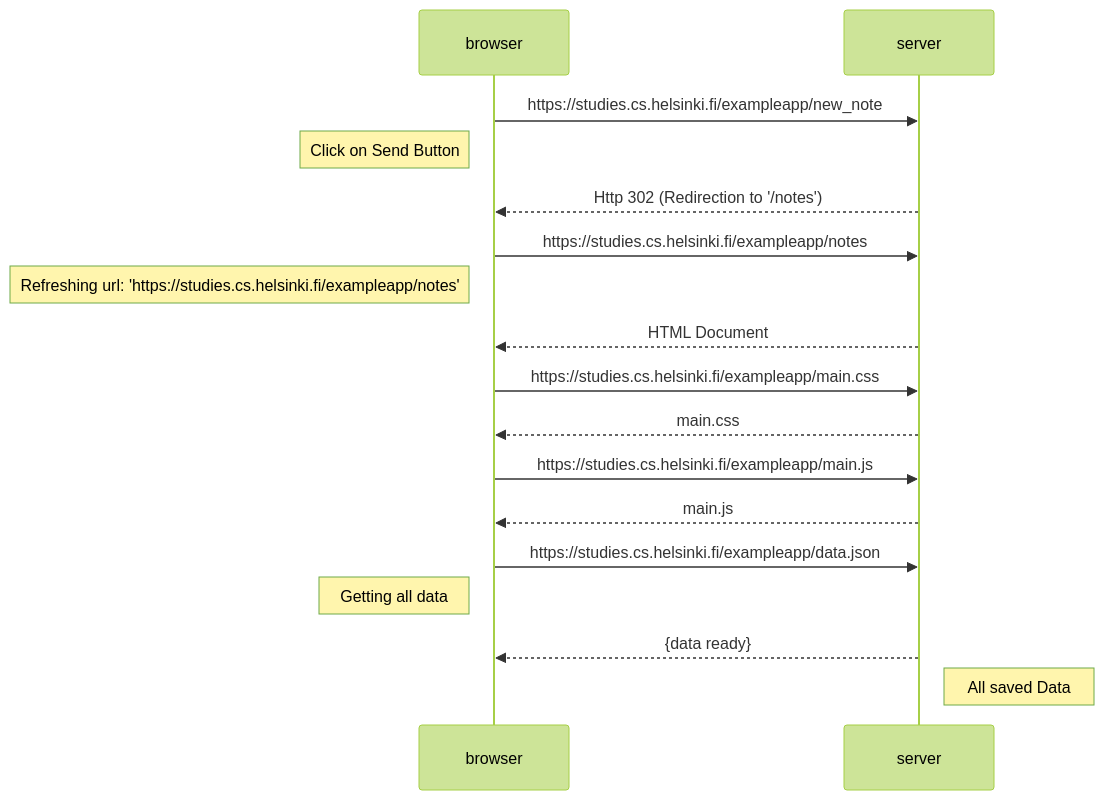
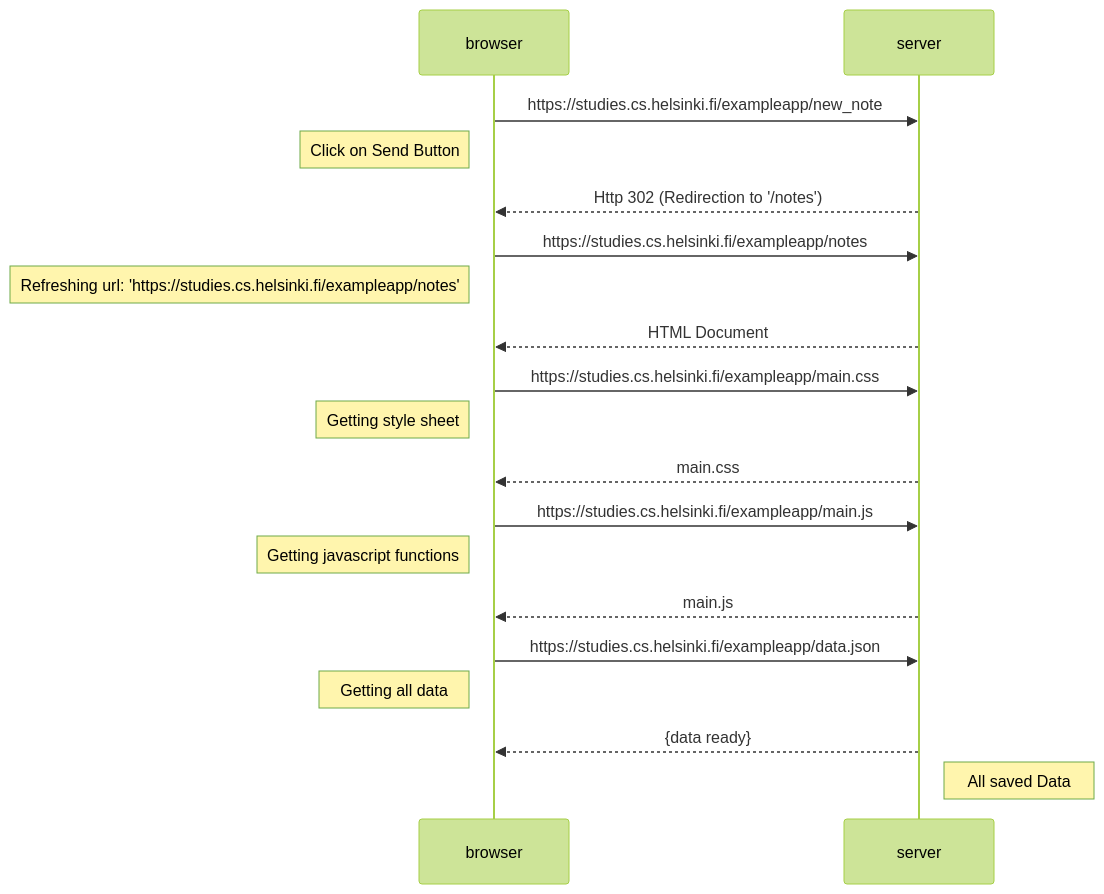
Before and after one commit to ArielCS0625/Ejercicios-0.4-0.6-: the diagram in 04.md, drawn with Mermaid (forest theme).

````diff
--- a/04.md
+++ b/04.md
@@ -1,27 +1,29 @@
   ```mermaid
   sequenceDiagram
       participant browser
       participant server
 
       browser->>server: https://studies.cs.helsinki.fi/exampleapp/new_note
       Note left of browser: Click on Send Button
       server-->>browser: Http 302 (Redirection to '/notes')
 
       browser->>server: https://studies.cs.helsinki.fi/exampleapp/notes
       Note left of browser: Refreshing url: 'https://studies.cs.helsinki.fi/exampleapp/notes'
       server-->>browser: HTML Document
 
       browser->>server: https://studies.cs.helsinki.fi/exampleapp/main.css
+      Note left of browser: Getting style sheet
       server-->>browser: main.css
 
       browser->>server: https://studies.cs.helsinki.fi/exampleapp/main.js
+      Note left of browser: Getting javascript functions
       server-->>browser: main.js
 
 
       browser->>server: https://studies.cs.helsinki.fi/exampleapp/data.json
       Note left of browser: Getting all data
       server-->>browser: {data ready}
       Note right of server: All saved Data
 
  
   ```
````
